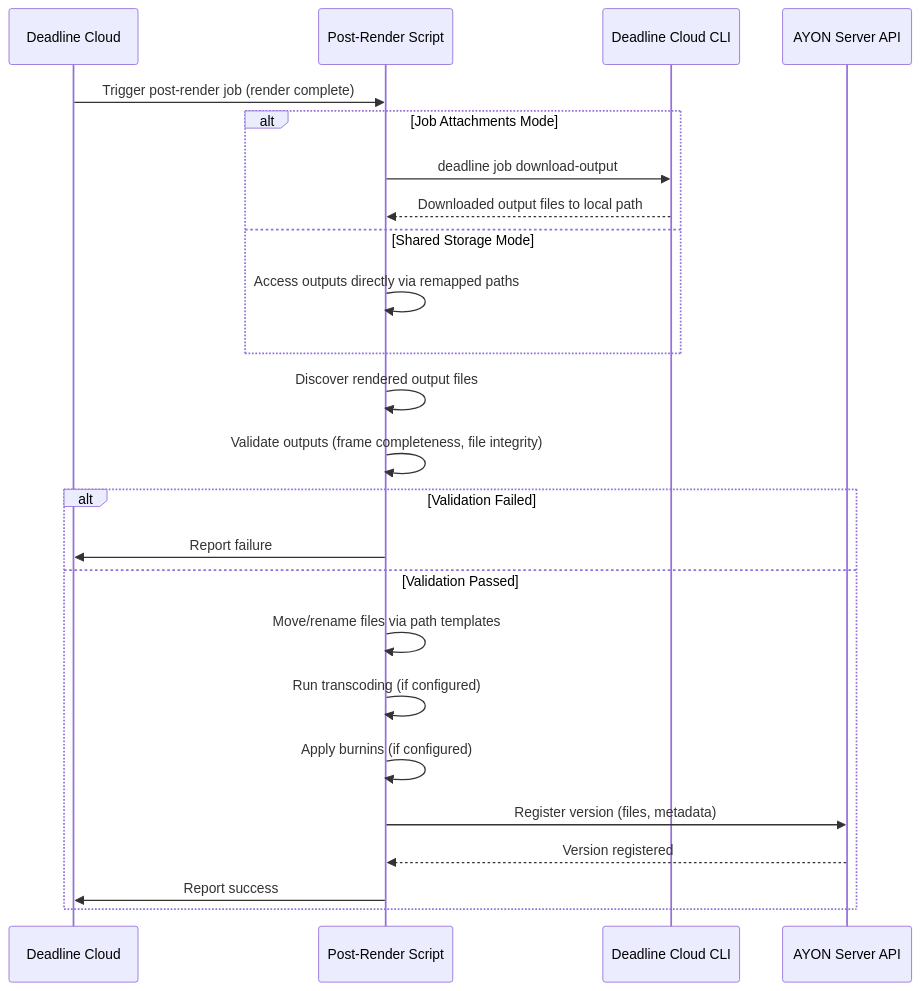
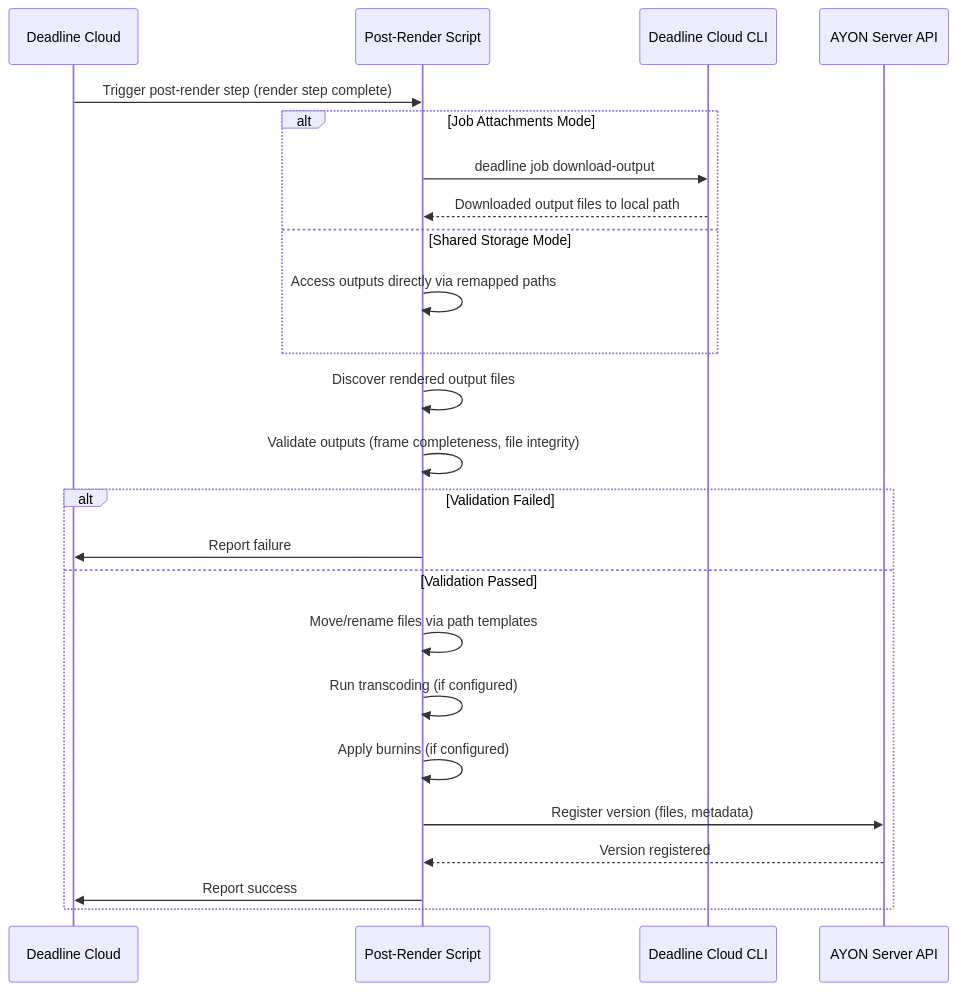
The third of 3 diagrams in .kiro/specs/deadline-cloud-integration/design.md (leon-li-inspire/ayon-deadline-cloud), drawn with Mermaid before and after one commit. The commit also changed other lines of this file, not shown here.

````diff
--- a/.kiro/specs/deadline-cloud-integration/design.md
+++ b/.kiro/specs/deadline-cloud-integration/design.md
@@ -112,30 +111,30 @@
 ```mermaid
 sequenceDiagram
     participant DC as Deadline Cloud
     participant Script as Post-Render Script
     participant CLI as Deadline Cloud CLI
     participant AYON as AYON Server API
 
-    DC->>Script: Trigger post-render job (render complete)
+    DC->>Script: Trigger post-render step (render step complete)
 
     alt Job Attachments Mode
         Script->>CLI: deadline job download-output
         CLI-->>Script: Downloaded output files to local path
     else Shared Storage Mode
         Script->>Script: Access outputs directly via remapped paths
     end
 
     Script->>Script: Discover rendered output files
     Script->>Script: Validate outputs (frame completeness, file integrity)
 
     alt Validation Failed
         Script->>DC: Report failure
     else Validation Passed
         Script->>Script: Move/rename files via path templates
         Script->>Script: Run transcoding (if configured)
         Script->>Script: Apply burnins (if configured)
         Script->>AYON: Register version (files, metadata)
         AYON-->>Script: Version registered
         Script->>DC: Report success
     end
 ```
````
